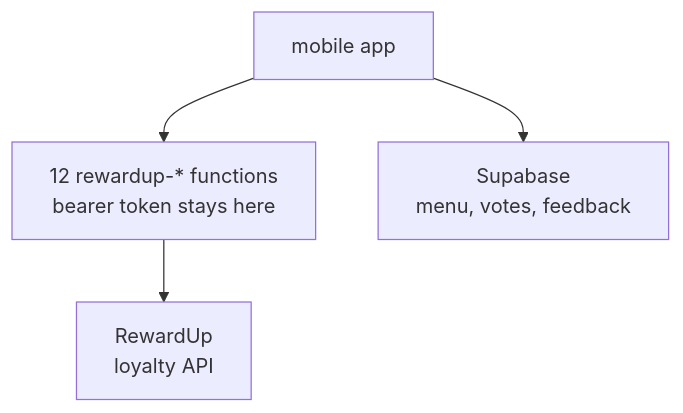
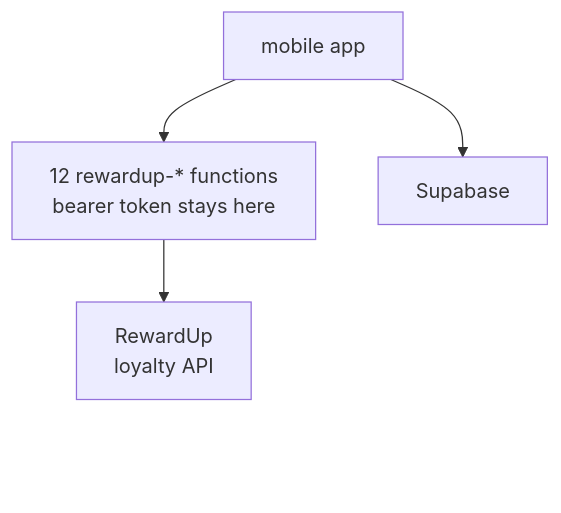
One commit to mobilteknolojileri/case-studies changed the second of 3 diagrams in getyo.md. Above: the diagram before and after it, drawn with Mermaid. The commit also changed other lines of this file, not shown here.

Commit message:
docs(getyo): keep diagrams clear of github zoom controls

````diff
--- a/getyo.md
+++ b/getyo.md
@@ -48,11 +52,15 @@
 ```mermaid
 flowchart TD
     A["mobile app"]
     B["12 rewardup-* functions<br/>bearer token stays here"]
     C["RewardUp<br/>loyalty API"]
-    D["Supabase<br/>menu, votes, feedback"]
+    D["Supabase"]
+    SP[" "]
 
     A --> B
     B --> C
     A --> D
+    C ~~~ SP
+    classDef spacer fill:none,stroke:none
+    class SP spacer
 ```
````
